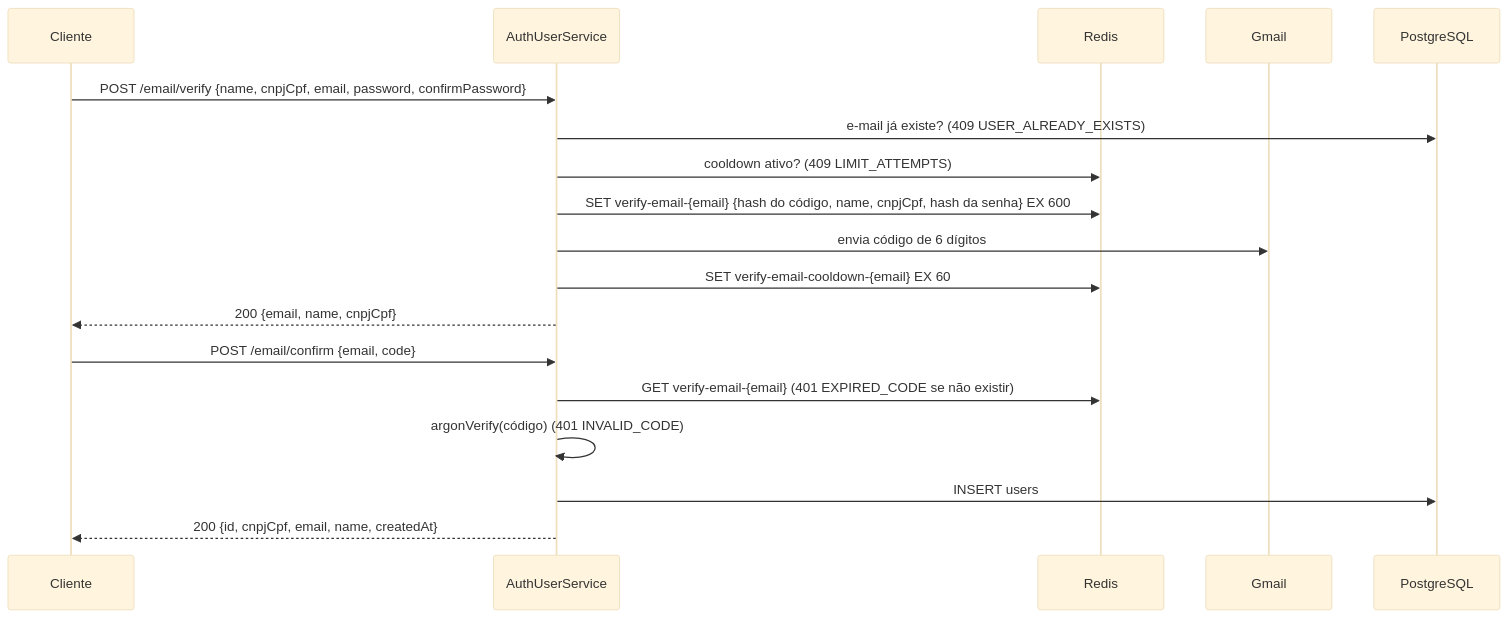
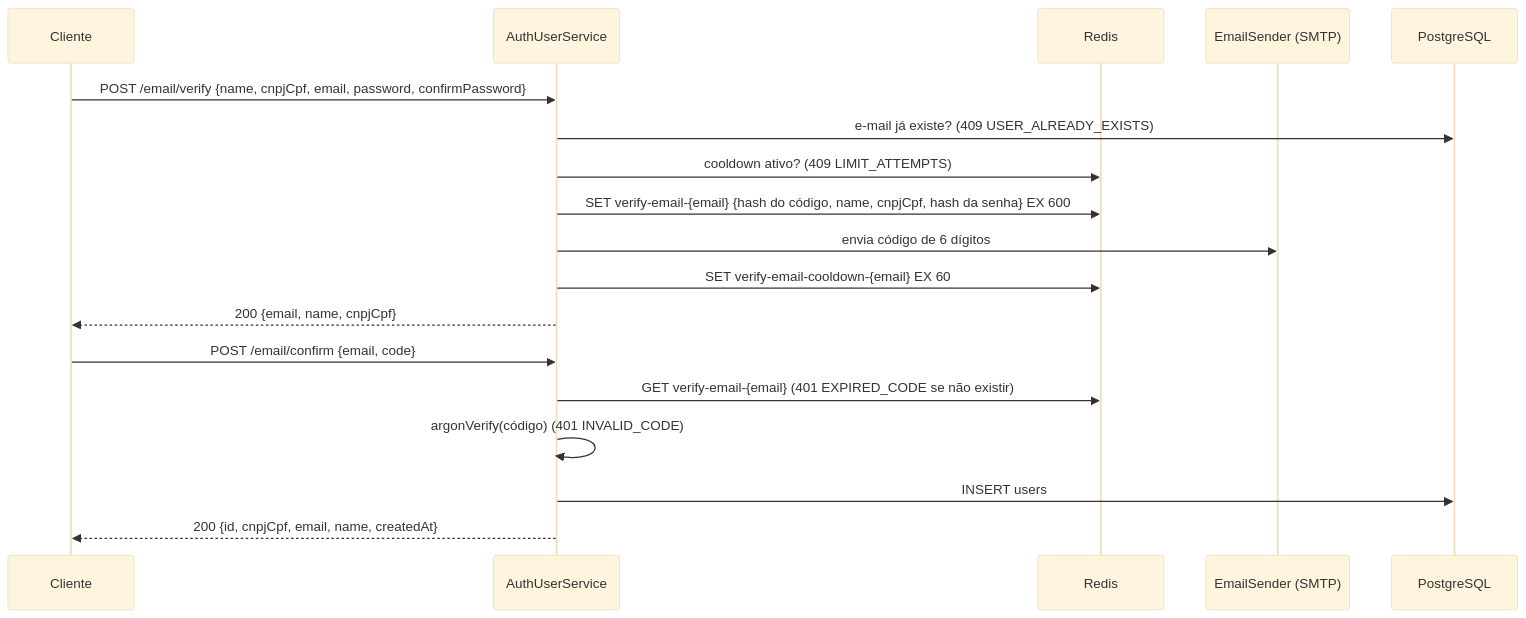
Before and after one commit to emanuelfontoura/orcafacil-api: the third of 5 diagrams in docs/architecture/request-lifecycle.md, drawn with Mermaid (base theme). The commit also changed other lines of this file and 29 other files, not shown here.

First line of the commit message:
refactor(email): envio de e-mail atrás da interface EmailSender

````diff
--- a/docs/architecture/request-lifecycle.md
+++ b/docs/architecture/request-lifecycle.md
@@ -236,22 +236,22 @@
 ```mermaid
 sequenceDiagram
     participant C as Cliente
     participant API as AuthUserService
     participant RD as Redis
-    participant M as Gmail
+    participant M as EmailSender (SMTP)
     participant DB as PostgreSQL
 
     C->>API: POST /email/verify {name, cnpjCpf, email, password, confirmPassword}
     API->>DB: e-mail já existe? (409 USER_ALREADY_EXISTS)
     API->>RD: cooldown ativo? (409 LIMIT_ATTEMPTS)
     API->>RD: SET verify-email-{email} {hash do código, name, cnpjCpf, hash da senha} EX 600
     API->>M: envia código de 6 dígitos
     API->>RD: SET verify-email-cooldown-{email} EX 60
     API-->>C: 200 {email, name, cnpjCpf}
 
     C->>API: POST /email/confirm {email, code}
     API->>RD: GET verify-email-{email} (401 EXPIRED_CODE se não existir)
     API->>API: argonVerify(código) (401 INVALID_CODE)
     API->>DB: INSERT users
     API-->>C: 200 {id, cnpjCpf, email, name, createdAt}
 ```
````
